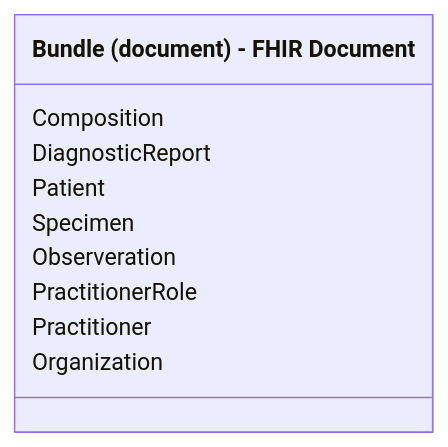
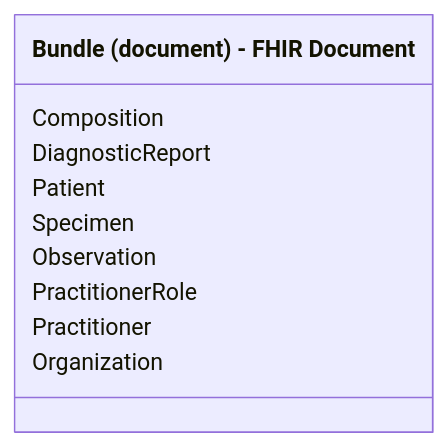
The seventh of 16 diagrams in input/pagecontent/exchange.md (nw-gmsa/nw-gmsa.github.com), drawn with Mermaid before and after one commit. The commit also changed other lines of this file and 16 other files, not shown here.

````diff
--- a/input/pagecontent/exchange.md
+++ b/input/pagecontent/exchange.md
@@ -171,14 +171,14 @@
 ```mermaid
 classDiagram
 
     class Bundle3["Bundle (document) - FHIR Document" ] {
         Composition 
         DiagnosticReport 
         Patient 
         Specimen 
-        Observeration 
+        Observation 
         PractitionerRole
         Practitioner
         Organization 
     }
 ```
````
